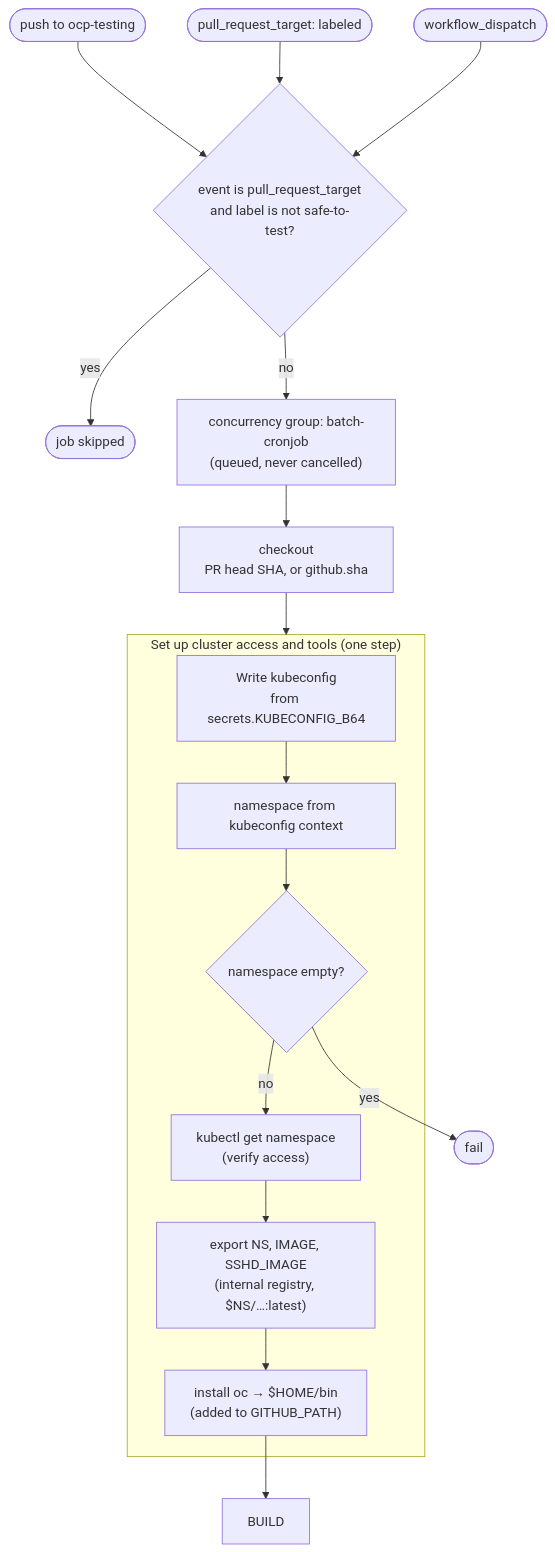
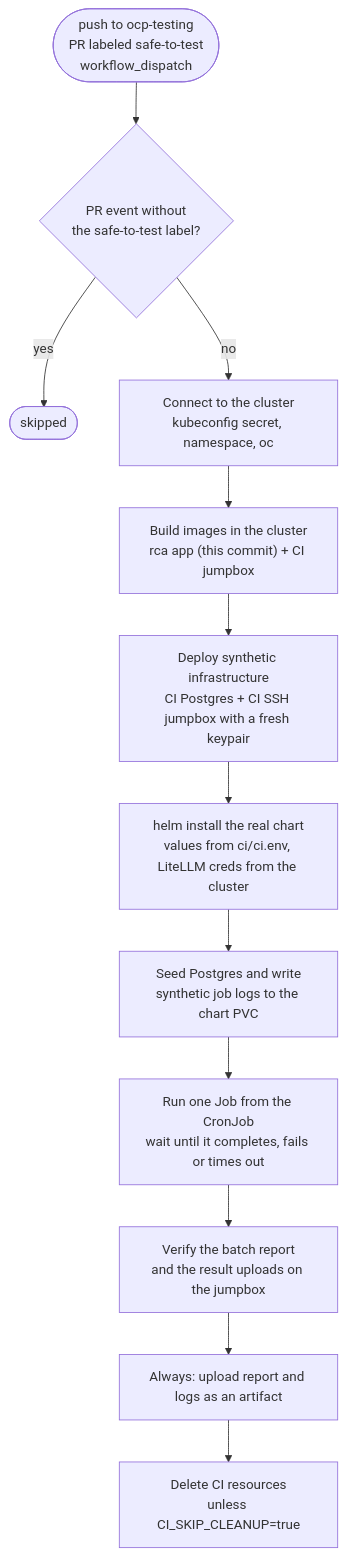
The third of 4 diagrams in docs/ci-flow.md (rhpds/aap2-rca-agent), drawn with Mermaid before and after one commit. The commit also changed other lines of this file, not shown here.

Commit message:
docs: simplify the flow diagram for the CI

````diff
--- a/docs/ci-flow.md
+++ b/docs/ci-flow.md
@@ -49,23 +47,14 @@
 ```mermaid
 flowchart TD
-    T1([push to ocp-testing]) --> G
-    T2([pull_request_target: labeled]) --> G
-    T3([workflow_dispatch]) --> G
-
-    G{"event is pull_request_target<br/>and label is not safe-to-test?"}
-    G -- yes --> SKIP([job skipped])
-    G -- no --> C["concurrency group: batch-cronjob<br/>(queued, never cancelled)"]
-
-    C --> CO["checkout<br/>PR head SHA, or github.sha"]
-    CO --> SETUP
-
-    subgraph SETUP["Set up cluster access and tools (one step)"]
-        KC["Write kubeconfig<br/>from secrets.KUBECONFIG_B64"] --> NSK["namespace from kubeconfig context"]
-        NSK --> NSE{"namespace empty?"}
-        NSE -- no --> VA["kubectl get namespace<br/>(verify access)"]
-        VA --> IMGD["export NS, IMAGE, SSHD_IMAGE<br/>(internal registry, $NS/…:latest)"]
-        IMGD --> OC["install oc → $HOME/bin<br/>(added to GITHUB_PATH)"]
-    end
-    NSE -- yes --> FAIL1([fail])
-    OC --> BUILD
+    T([push to ocp-testing<br/>PR labeled safe-to-test<br/>workflow_dispatch]) --> G{"PR event without<br/>the safe-to-test label?"}
+    G -- yes --> SKIP([skipped])
+    G -- no --> SETUP["Connect to the cluster<br/>kubeconfig secret, namespace, oc"]
+    SETUP --> BUILD["Build images in the cluster<br/>rca app (this commit) + CI jumpbox"]
+    BUILD --> INFRA["Deploy synthetic infrastructure<br/>CI Postgres + CI SSH jumpbox with a fresh keypair"]
+    INFRA --> HELM["helm install the real chart<br/>values from ci/ci.env, LiteLLM creds from the cluster"]
+    HELM --> SEED["Seed Postgres and write<br/>synthetic job logs to the chart PVC"]
+    SEED --> RUN["Run one Job from the CronJob<br/>wait until it completes, fails or times out"]
+    RUN --> VERIFY["Verify the batch report<br/>and the result uploads on the jumpbox"]
+    VERIFY --> ART["Always: upload report and logs as an artifact"]
+    ART --> CLEAN["Delete CI resources<br/>unless CI_SKIP_CLEANUP=true"]
 ```
````
